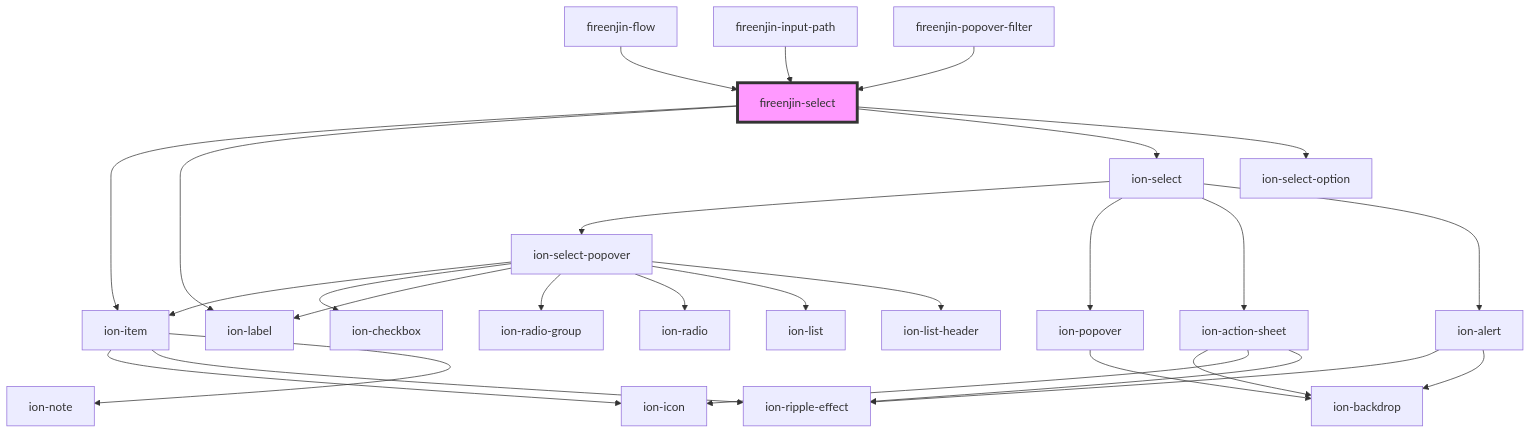
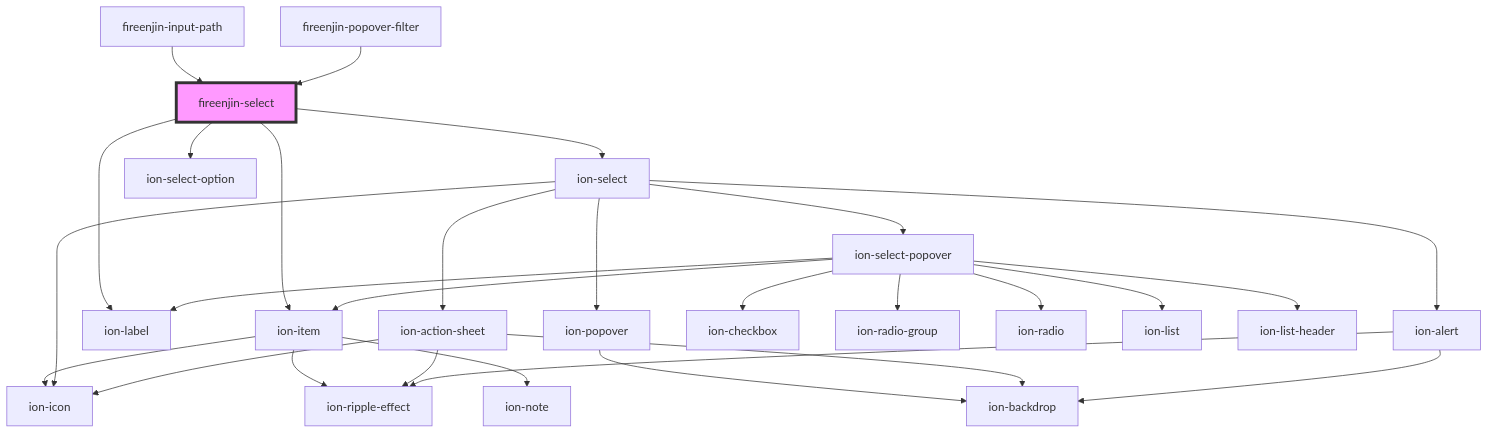
The diagram in src/components/select/readme.md (FireEnjin/Components), drawn with Mermaid before and after one commit. The commit also changed other lines of this file and 18 other files, not shown here.

````diff
--- a/src/components/select/readme.md
+++ b/src/components/select/readme.md
@@ -66,31 +65,31 @@
 ```mermaid
 graph TD;
   fireenjin-select --> ion-item
   fireenjin-select --> ion-label
   fireenjin-select --> ion-select
   fireenjin-select --> ion-select-option
   ion-item --> ion-icon
   ion-item --> ion-ripple-effect
   ion-item --> ion-note
   ion-select --> ion-select-popover
   ion-select --> ion-popover
   ion-select --> ion-action-sheet
   ion-select --> ion-alert
+  ion-select --> ion-icon
   ion-select-popover --> ion-item
   ion-select-popover --> ion-checkbox
   ion-select-popover --> ion-label
   ion-select-popover --> ion-radio-group
   ion-select-popover --> ion-radio
   ion-select-popover --> ion-list
   ion-select-popover --> ion-list-header
   ion-popover --> ion-backdrop
   ion-action-sheet --> ion-backdrop
   ion-action-sheet --> ion-icon
   ion-action-sheet --> ion-ripple-effect
   ion-alert --> ion-ripple-effect
   ion-alert --> ion-backdrop
-  fireenjin-flow --> fireenjin-select
   fireenjin-input-path --> fireenjin-select
   fireenjin-popover-filter --> fireenjin-select
   style fireenjin-select fill:#f9f,stroke:#333,stroke-width:4px
 ```
````
